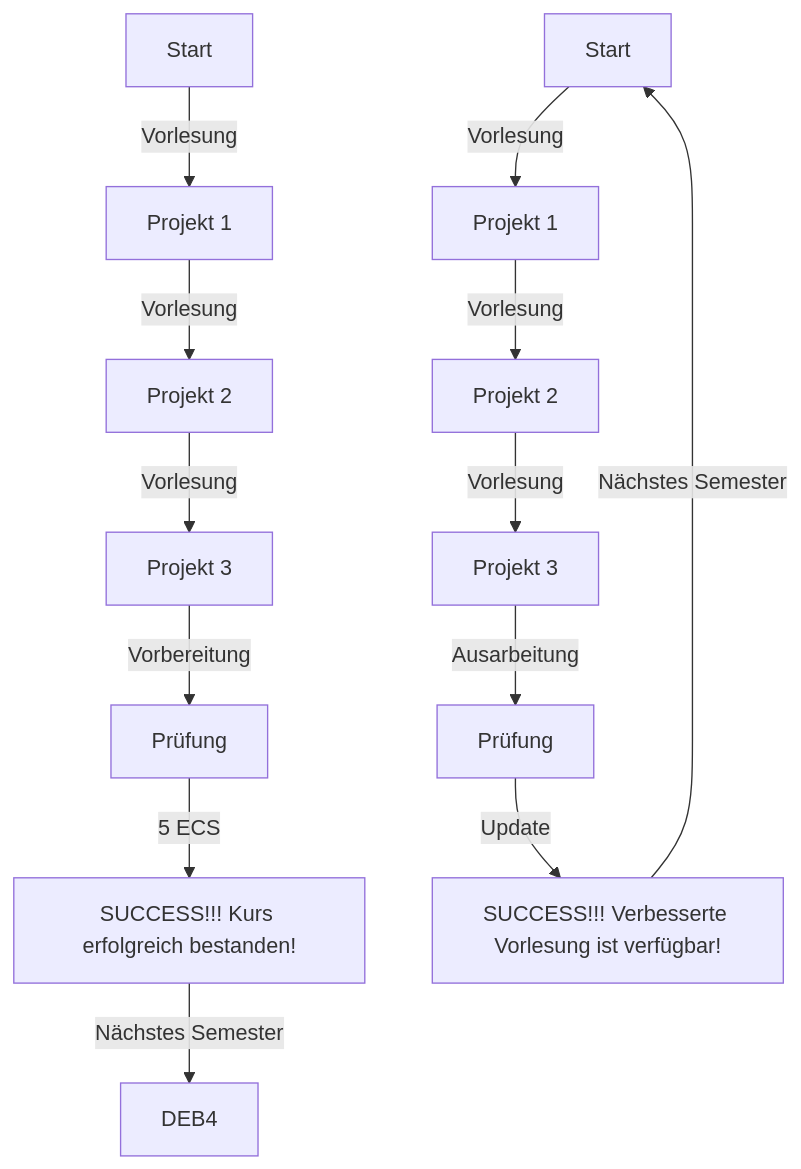
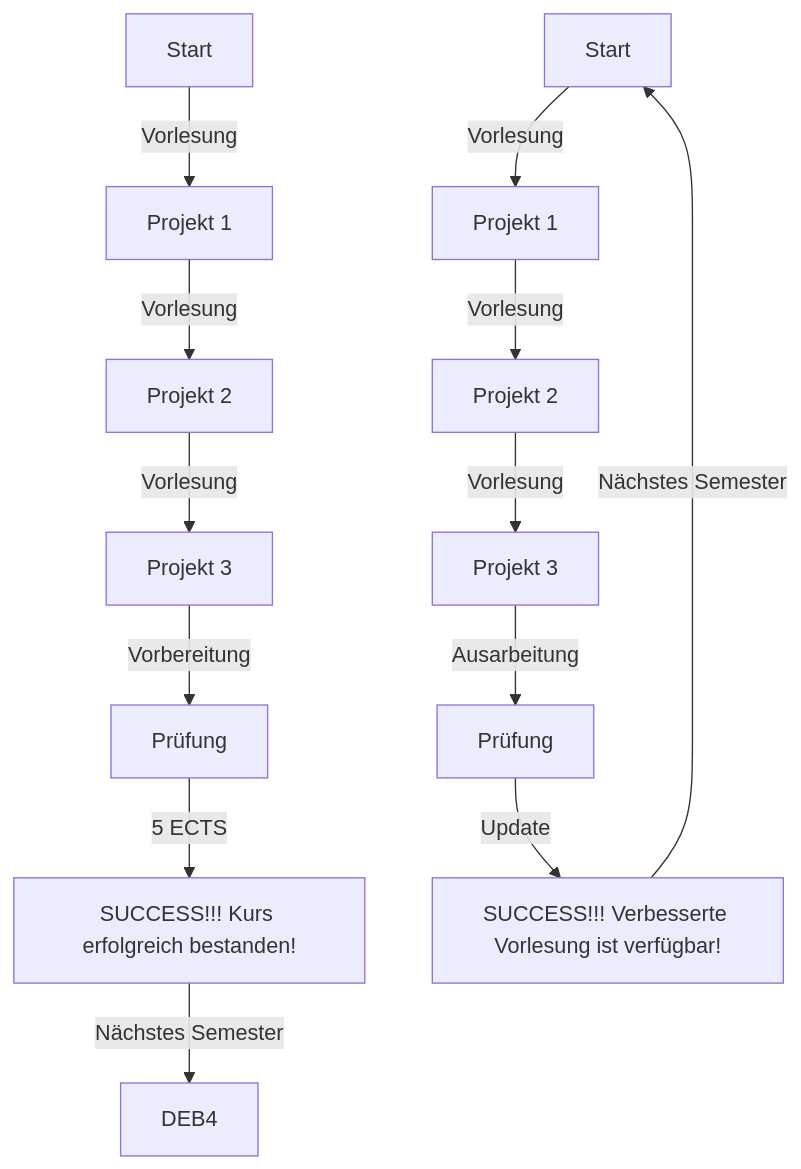
One commit to mrossde/PE1_PE2 changed the first of 2 diagrams in ToolsnRules.qmd. Above: the diagram before and after it, drawn with Mermaid. The commit also changed other lines of this file and 3 other files, not shown here.

````diff
--- a/ToolsnRules.qmd
+++ b/ToolsnRules.qmd
@@ -101,20 +103,20 @@
 ```{mermaid}
 %%| label: fig-label-success
 %%| fig-cap: "Zwei mögliche Sichten auf die Vorlesung und Labore: Wann waren wir erfolgreich? (Links: Sicht der Studierenden. Rechts: Sicht des Dozenten)"
 graph TD;
     Start[Start] 
     --> |Vorlesung| Lab1[Projekt 1]
     --> |Vorlesung| Lab2[Projekt 2]
     --> |Vorlesung| Lab3[Projekt 3]
     --> |Vorbereitung| Ende[Prüfung]
-    --> |5 ECS| Bestanden[SUCCESS!!! Kurs erfolgreich bestanden!]
+    --> |5 ECTS| Bestanden[SUCCESS!!! Kurs erfolgreich bestanden!]
     --> |Nächstes Semester|DEB4
 
     A[Start]
     --> |Vorlesung| B[Projekt 1]
     --> |Vorlesung| C[Projekt 2]
     --> |Vorlesung| D[Projekt 3]
     --> |Ausarbeitung| E[Prüfung]
     --> |Update| F[SUCCESS!!! Verbesserte Vorlesung ist verfügbar!]
     --> |Nächstes Semester|A
 ```
````
